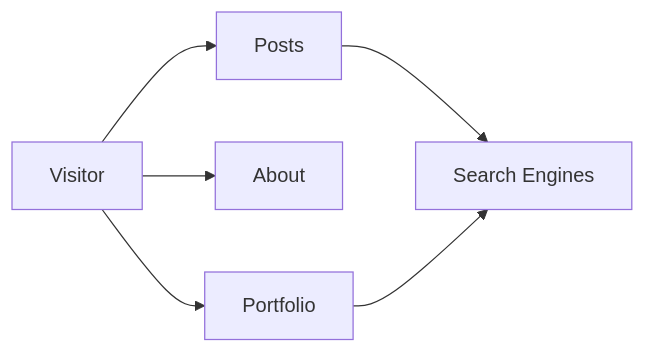
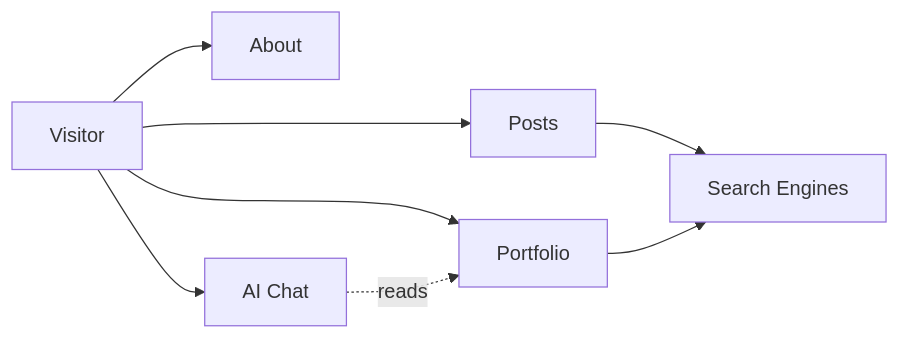
The third of 14 diagrams in expansion.md (dirm02/bloggista), drawn with Mermaid before and after one commit. The commit also changed other lines of this file, not shown here.

````diff
--- a/expansion.md
+++ b/expansion.md
@@ -84,8 +119,10 @@
 ```mermaid
 flowchart LR
     Visitor[Visitor] --> Posts
     Visitor --> About
     Visitor --> Portfolio
+    Visitor --> AIChat[AI Chat]
     Posts --> SEO[Search Engines]
     Portfolio --> SEO
+    AIChat -.->|reads| Portfolio
 ```
````
